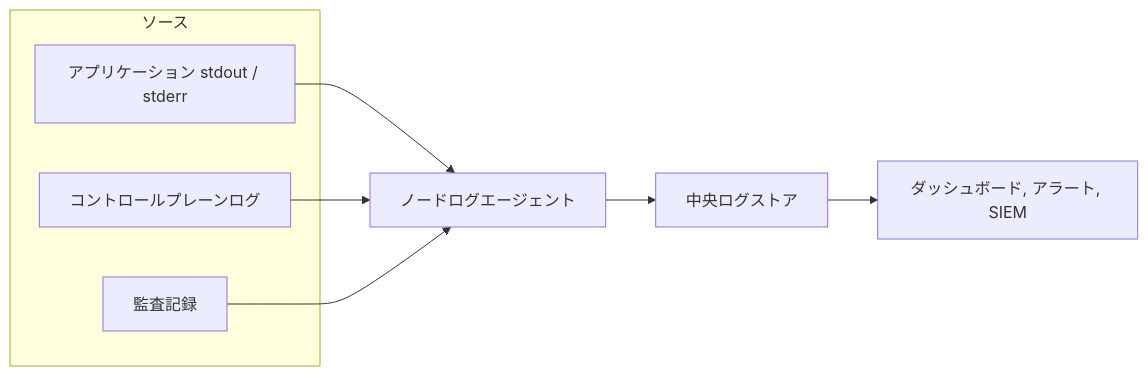
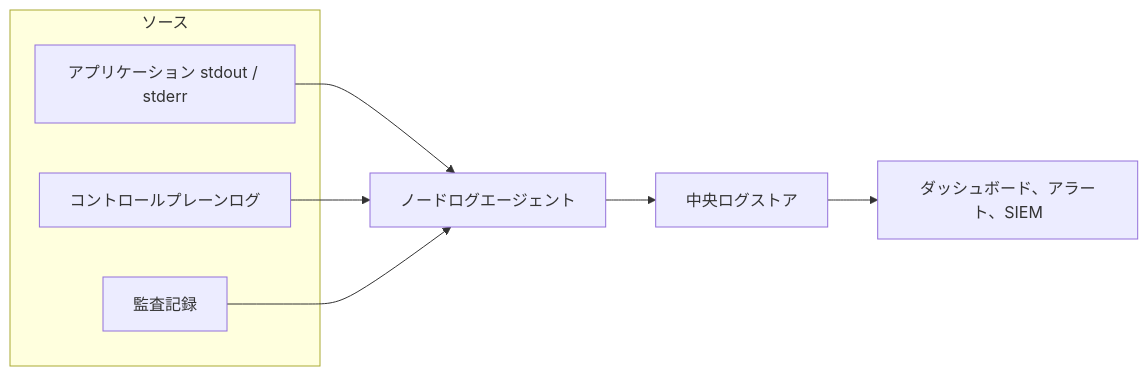
The third of 4 diagrams in content/ja/docs/concepts/cluster-administration/observability.md (kubernetes/website), drawn with Mermaid before and after one commit. The commit also changed other lines of this file, not shown here.

```diff
--- a/content/ja/docs/concepts/cluster-administration/observability.md
+++ b/content/ja/docs/concepts/cluster-administration/observability.md
@@ -113,13 +113,13 @@
 {{< mermaid >}}
 flowchart LR
     subgraph "ソース"
         A[アプリケーション stdout / stderr]
         B[コントロールプレーンログ]
         C[監査記録]
     end
     A --> N[ノードログエージェント]
     B --> N
     C --> N
     N --> L[中央ログストア]
-    L --> Q[ダッシュボード, アラート, SIEM]
+    L --> Q[ダッシュボード、アラート、SIEM]
 {{< /mermaid >}}
```
